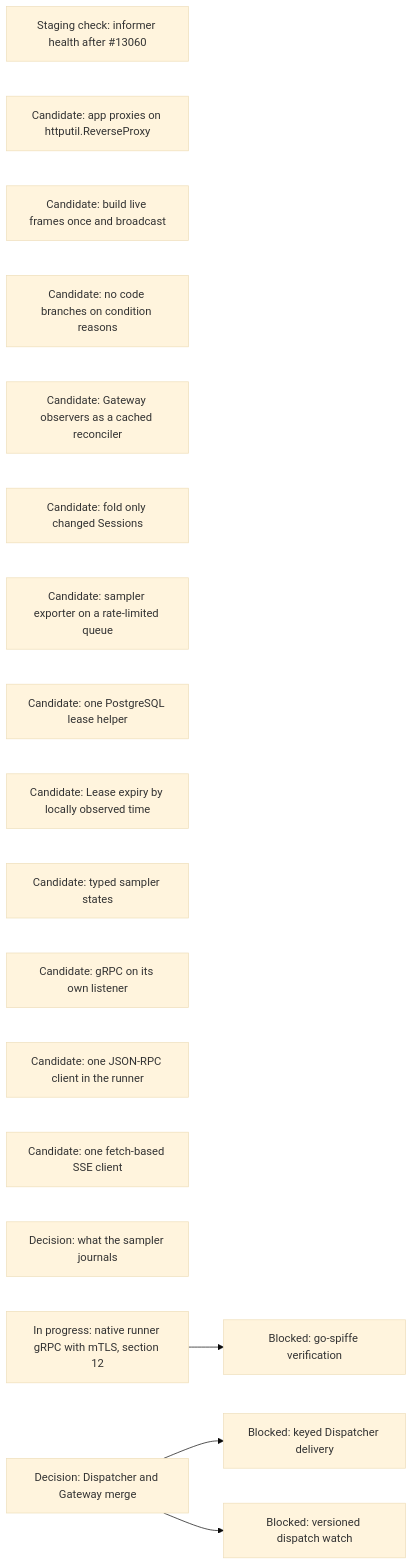
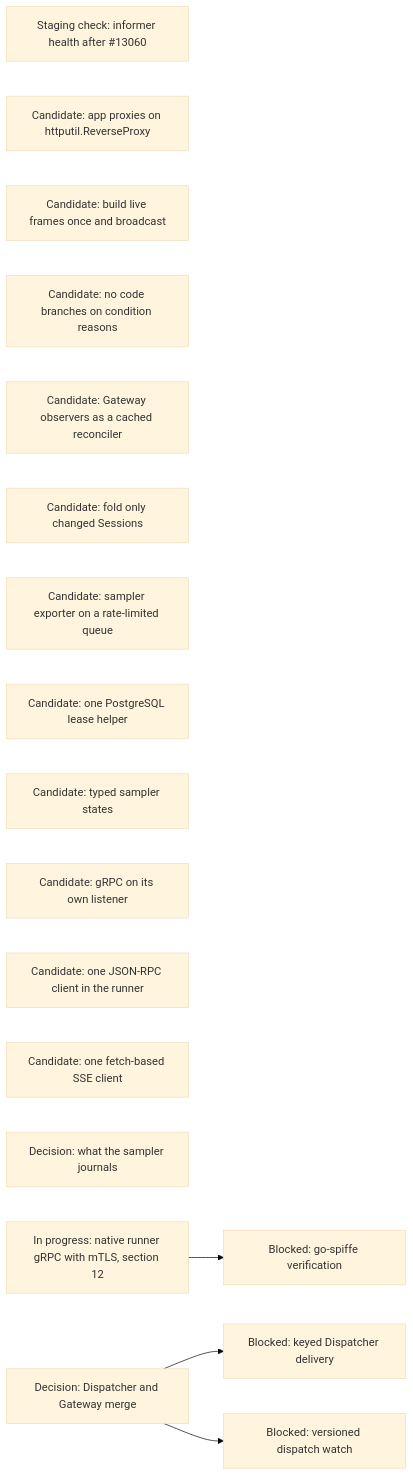
Before and after one commit to agentydragon/ducktape: diagram 18 of 18 in agentplane/plans/task_dag.md, drawn with Mermaid (base theme). The commit also changed other lines of this file and 4 other files, not shown here.

First line of the commit message:
agentplane: Gateway connection claims expire by locally observed renewal (LEASE_OBSERVED_TIME)

````diff
--- a/agentplane/plans/task_dag.md
+++ b/agentplane/plans/task_dag.md
@@ -1924,20 +1924,19 @@
 ```mermaid
 flowchart LR
     KUBERNETES_NATIVE_WATCH_HEALTH[Staging check: informer health after #13060]
     APP_PROXY_REVERSE_PROXY[Candidate: app proxies on httputil.ReverseProxy]
     APP_LIVE_FRAME_BROADCAST[Candidate: build live frames once and broadcast]
     CONDITION_REASONS_NOT_STATE[Candidate: no code branches on condition reasons]
     GATEWAY_OBSERVER_RECONCILER[Candidate: Gateway observers as a cached reconciler]
     HISTORY_FOLD_DIRTY_QUEUE[Candidate: fold only changed Sessions]
     SAMPLER_EXPORTER_WORKQUEUE[Candidate: sampler exporter on a rate-limited queue]
     POSTGRES_LEASE_HELPER[Candidate: one PostgreSQL lease helper]
-    LEASE_OBSERVED_TIME[Candidate: Lease expiry by locally observed time]
     SAMPLER_TYPED_STATE[Candidate: typed sampler states]
     GRPC_NATIVE_LISTENER[Candidate: gRPC on its own listener]
     RUNNER_JSONRPC[Candidate: one JSON-RPC client in the runner]
     FRONTEND_SSE_CLIENT[Candidate: one fetch-based SSE client]
     SAMPLER_JOURNAL_DIET[Decision: what the sampler journals]
     RUNNER_CONTROL_TRANSPORT_DESIGN[In progress: native runner gRPC with mTLS, section 12] --> RUNNER_MTLS_GO_SPIFFE[Blocked: go-spiffe verification]
     DISPATCHER_PERSISTENCE_MODEL_DESIGN[Decision: Dispatcher and Gateway merge] --> DISPATCHER_KEYED_DELIVERY[Blocked: keyed Dispatcher delivery]
     DISPATCHER_PERSISTENCE_MODEL_DESIGN --> DISPATCHER_WATCH_VERSIONS[Blocked: versioned dispatch watch]
 ```
````
